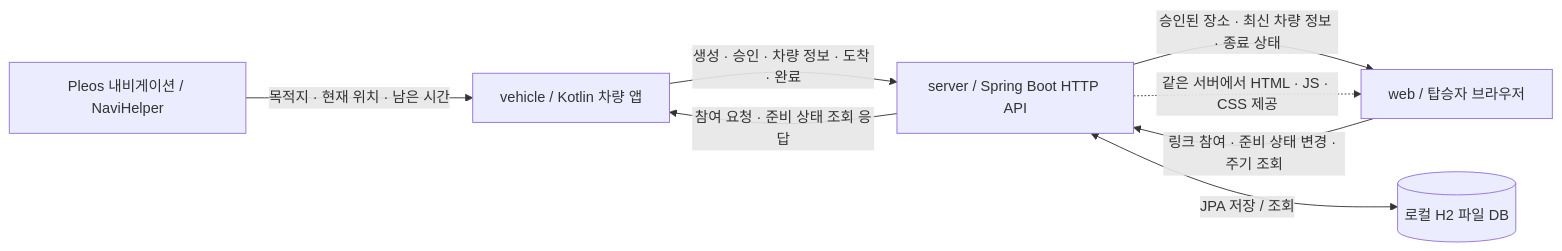
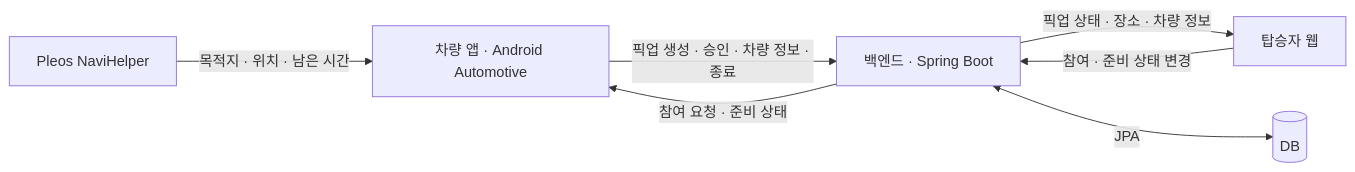
One commit to majung-team/majung changed the first of 4 diagrams in docs/architecture.md. Above: the diagram before and after it, drawn with Mermaid. The commit also changed other lines of this file and 7 other files, not shown here.

````diff
--- a/docs/architecture.md
+++ b/docs/architecture.md
@@ -11,10 +7,9 @@
 ```mermaid
 flowchart LR
-    N["Pleos 내비게이션 / NaviHelper"] -->|"목적지 · 현재 위치 · 남은 시간"| V["vehicle / Kotlin 차량 앱"]
-    V -->|"생성 · 승인 · 차량 정보 · 도착 · 완료"| S["server / Spring Boot HTTP API"]
-    S -->|"참여 요청 · 준비 상태 조회 응답"| V
-    W["web / 탑승자 브라우저"] -->|"링크 참여 · 준비 상태 변경 · 주기 조회"| S
-    S -->|"승인된 장소 · 최신 차량 정보 · 종료 상태"| W
-    S <-->|"JPA 저장 / 조회"| D[("로컬 H2 파일 DB")]
-    S -.->|"같은 서버에서 HTML · JS · CSS 제공"| W
+    SDK["Pleos NaviHelper"] -->|"목적지 · 위치 · 남은 시간"| Car["차량 앱 · Android Automotive"]
+    Car -->|"픽업 생성 · 승인 · 차량 정보 · 종료"| API["백엔드 · Spring Boot"]
+    API -->|"참여 요청 · 준비 상태"| Car
+    Web["탑승자 웹"] -->|"참여 · 준비 상태 변경"| API
+    API -->|"픽업 상태 · 장소 · 차량 정보"| Web
+    API <-->|"JPA"| DB[("DB")]
 ```
````
